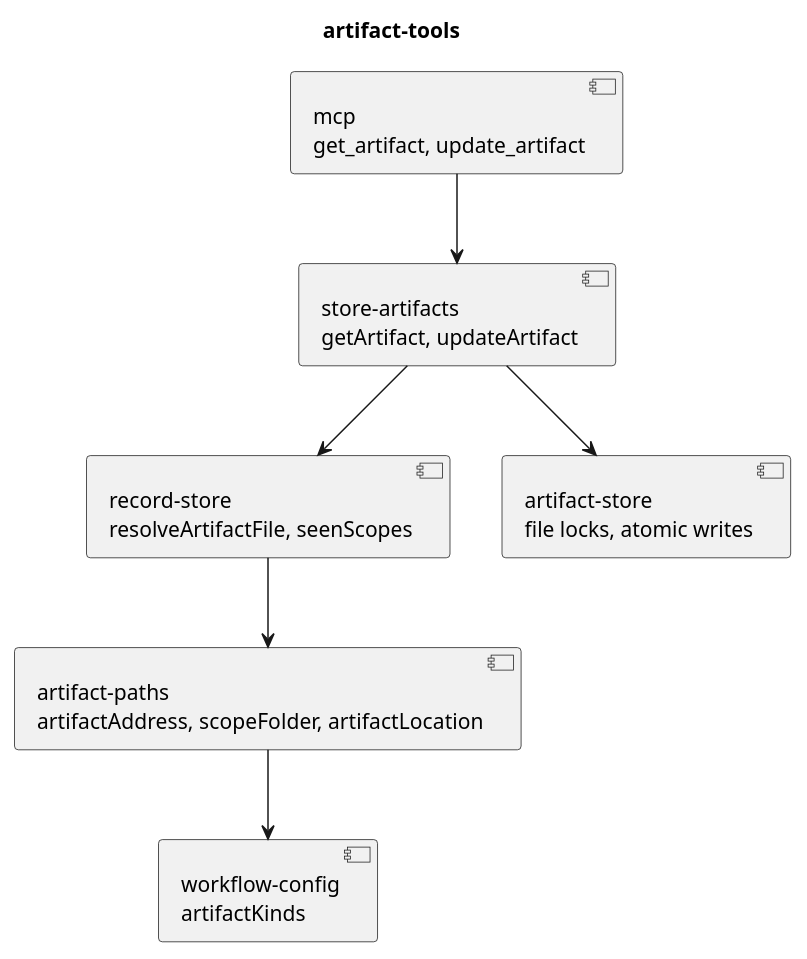
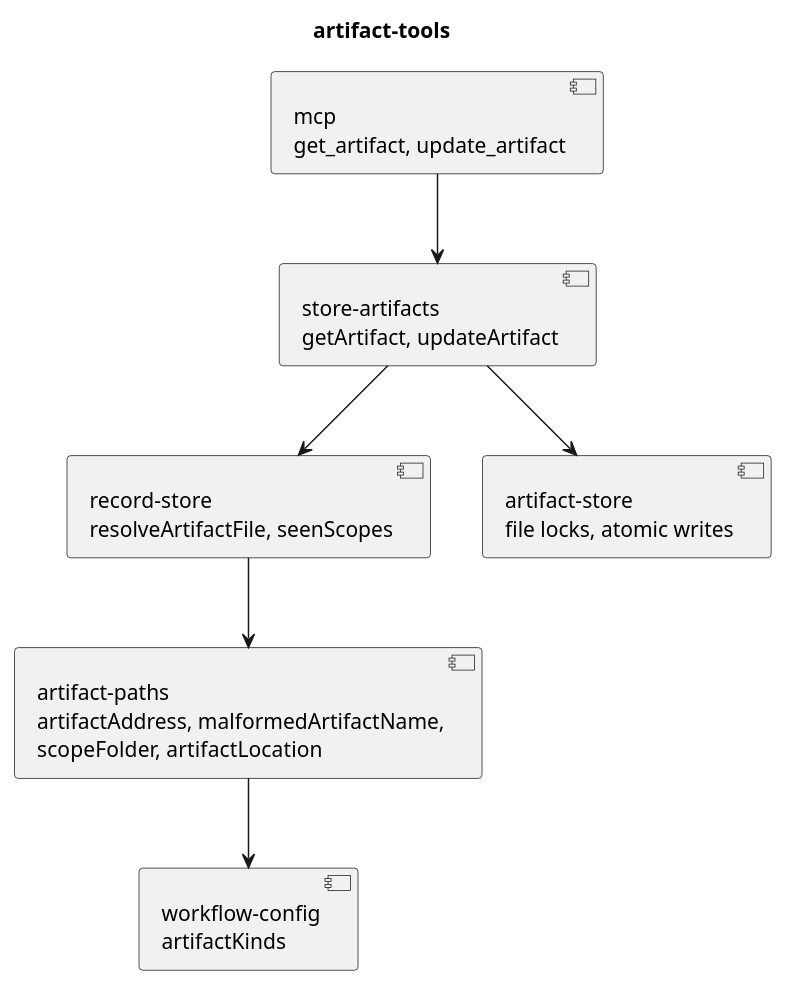
Before and after one commit to RumyantsevMichael/Prism: the diagram in docs/plans/workspace-artifacts/artifact-tools/code.puml, drawn with PlantUML. The commit also changed 8 other files, not shown here.

```diff
--- a/docs/plans/workspace-artifacts/artifact-tools/code.puml
+++ b/docs/plans/workspace-artifacts/artifact-tools/code.puml
@@ -1,16 +1,16 @@
 @startuml
 title artifact-tools
 
 component "workflow-config\nartifactKinds" as kinds
-component "artifact-paths\nartifactAddress, scopeFolder, artifactLocation" as paths
+component "artifact-paths\nartifactAddress, malformedArtifactName,\nscopeFolder, artifactLocation" as paths
 component "record-store\nresolveArtifactFile, seenScopes" as store
 component "store-artifacts\ngetArtifact, updateArtifact" as tools
 component "mcp\nget_artifact, update_artifact" as mcp
 component "artifact-store\nfile locks, atomic writes" as locks
 
 paths --> kinds
 store --> paths
 tools --> store
 tools --> locks
 mcp --> tools
 @enduml
```
